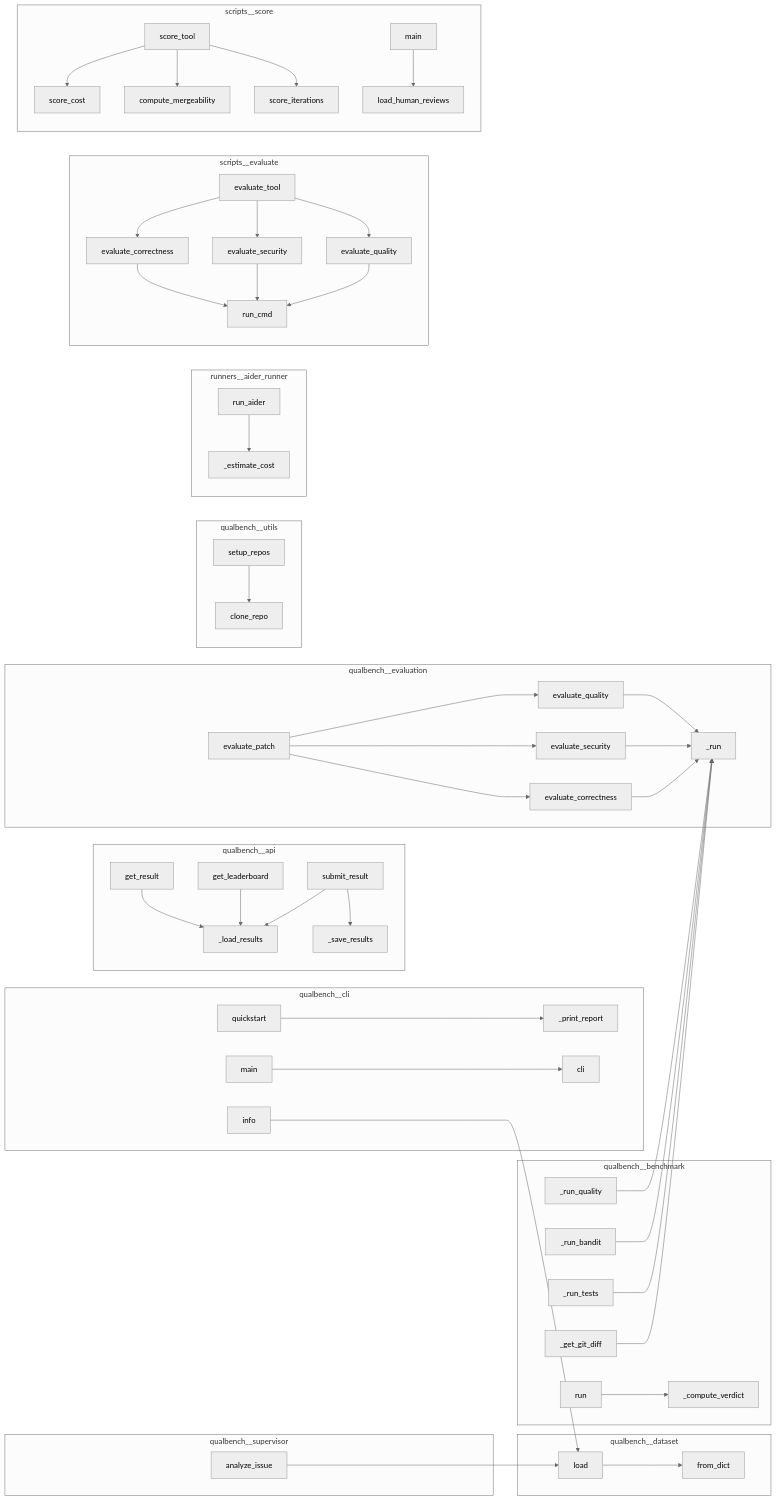
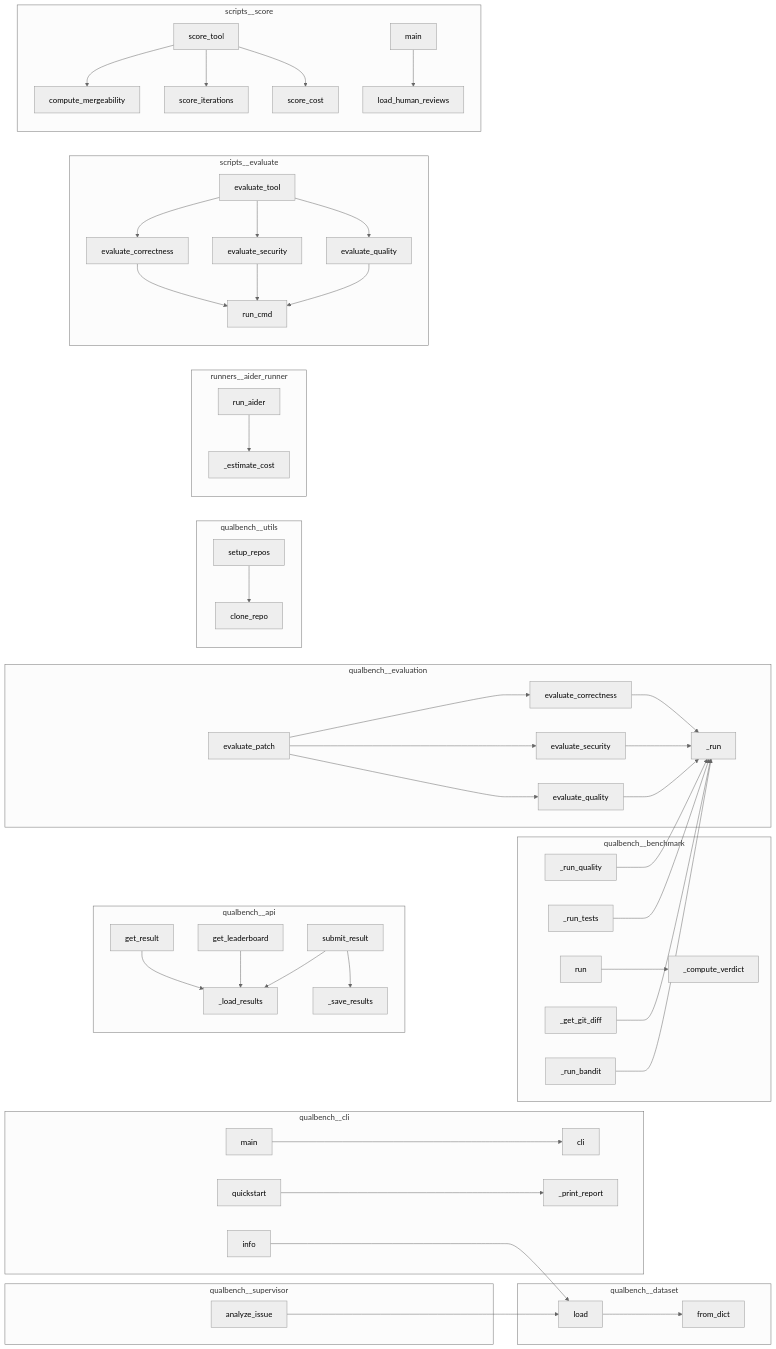
Before and after one commit to semcod/qualbench: the diagram in project/calls.mmd, drawn with Mermaid (neutral theme). The commit also changed other lines of this file and 20 other files, not shown here.

```diff
--- a/project/calls.mmd
+++ b/project/calls.mmd
@@ -1,92 +1,92 @@
 flowchart LR
     subgraph qualbench__api
         qualbench__api___load_results["_load_results"]
+        qualbench__api__get_result["get_result"]
+        qualbench__api___save_results["_save_results"]
         qualbench__api__submit_result["submit_result"]
-        qualbench__api___save_results["_save_results"]
-        qualbench__api__get_result["get_result"]
         qualbench__api__get_leaderboard["get_leaderboard"]
     end
     subgraph qualbench__benchmark
+        qualbench__benchmark___compute_verdict["_compute_verdict"]
+        qualbench__benchmark__QualBenchRunner___run_quality["_run_quality"]
+        qualbench__benchmark__QualBenchRunner___run_tests["_run_tests"]
+        qualbench__benchmark__QualBenchRunner__run["run"]
         qualbench__benchmark__QualBenchRunner___get_git_diff["_get_git_diff"]
-        qualbench__benchmark___compute_verdict["_compute_verdict"]
-        qualbench__benchmark__QualBenchRunner__run["run"]
         qualbench__benchmark__QualBenchRunner___run_bandit["_run_bandit"]
-        qualbench__benchmark__QualBenchRunner___run_tests["_run_tests"]
-        qualbench__benchmark__QualBenchRunner___run_quality["_run_quality"]
     end
     subgraph qualbench__cli
+        qualbench__cli__main["main"]
+        qualbench__cli__cli["cli"]
         qualbench__cli__quickstart["quickstart"]
         qualbench__cli___print_report["_print_report"]
-        qualbench__cli__cli["cli"]
-        qualbench__cli__main["main"]
         qualbench__cli__info["info"]
     end
     subgraph qualbench__dataset
+        qualbench__dataset__Issue__from_dict["from_dict"]
         qualbench__dataset__Dataset__load["load"]
-        qualbench__dataset__Issue__from_dict["from_dict"]
     end
     subgraph qualbench__evaluation
+        qualbench__evaluation___run["_run"]
+        qualbench__evaluation__evaluate_correctness["evaluate_correctness"]
+        qualbench__evaluation__evaluate_quality["evaluate_quality"]
+        qualbench__evaluation__evaluate_patch["evaluate_patch"]
         qualbench__evaluation__evaluate_security["evaluate_security"]
-        qualbench__evaluation__evaluate_correctness["evaluate_correctness"]
-        qualbench__evaluation___run["_run"]
-        qualbench__evaluation__evaluate_patch["evaluate_patch"]
-        qualbench__evaluation__evaluate_quality["evaluate_quality"]
     end
     subgraph qualbench__supervisor
         qualbench__supervisor__SupervisorAI__analyze_issue["analyze_issue"]
     end
     subgraph qualbench__utils
         qualbench__utils__repos__clone_repo["clone_repo"]
         qualbench__utils__repos__setup_repos["setup_repos"]
     end
     subgraph runners__aider_runner
         runners__aider_runner__run_aider["run_aider"]
         runners__aider_runner___estimate_cost["_estimate_cost"]
     end
     subgraph scripts__evaluate
+        scripts__evaluate__run_cmd["run_cmd"]
+        scripts__evaluate__evaluate_correctness["evaluate_correctness"]
+        scripts__evaluate__evaluate_security["evaluate_security"]
         scripts__evaluate__evaluate_tool["evaluate_tool"]
-        scripts__evaluate__evaluate_security["evaluate_security"]
-        scripts__evaluate__run_cmd["run_cmd"]
         scripts__evaluate__evaluate_quality["evaluate_quality"]
-        scripts__evaluate__evaluate_correctness["evaluate_correctness"]
     end
     subgraph scripts__score
+        scripts__score__score_tool["score_tool"]
+        scripts__score__score_iterations["score_iterations"]
         scripts__score__score_cost["score_cost"]
-        scripts__score__score_iterations["score_iterations"]
         scripts__score__main["main"]
         scripts__score__load_human_reviews["load_human_reviews"]
         scripts__score__compute_mergeability["compute_mergeability"]
-        scripts__score__score_tool["score_tool"]
     end
     qualbench__cli__quickstart --> qualbench__cli___print_report
     qualbench__cli__info --> qualbench__dataset__Dataset__load
     qualbench__cli__main --> qualbench__cli__cli
     qualbench__supervisor__SupervisorAI__analyze_issue --> qualbench__dataset__Dataset__load
     qualbench__utils__repos__setup_repos --> qualbench__utils__repos__clone_repo
     qualbench__dataset__Dataset__load --> qualbench__dataset__Issue__from_dict
     qualbench__evaluation__evaluate_correctness --> qualbench__evaluation___run
     qualbench__evaluation__evaluate_security --> qualbench__evaluation___run
     qualbench__evaluation__evaluate_quality --> qualbench__evaluation___run
     qualbench__evaluation__evaluate_patch --> qualbench__evaluation__evaluate_correctness
     qualbench__evaluation__evaluate_patch --> qualbench__evaluation__evaluate_security
     qualbench__evaluation__evaluate_patch --> qualbench__evaluation__evaluate_quality
     scripts__evaluate__evaluate_correctness --> scripts__evaluate__run_cmd
     scripts__evaluate__evaluate_security --> scripts__evaluate__run_cmd
     scripts__evaluate__evaluate_quality --> scripts__evaluate__run_cmd
     scripts__evaluate__evaluate_tool --> scripts__evaluate__evaluate_correctness
     scripts__evaluate__evaluate_tool --> scripts__evaluate__evaluate_security
     scripts__evaluate__evaluate_tool --> scripts__evaluate__evaluate_quality
     scripts__score__score_tool --> scripts__score__compute_mergeability
     scripts__score__score_tool --> scripts__score__score_iterations
     scripts__score__score_tool --> scripts__score__score_cost
     scripts__score__main --> scripts__score__load_human_reviews
     runners__aider_runner__run_aider --> runners__aider_runner___estimate_cost
     qualbench__benchmark__QualBenchRunner__run --> qualbench__benchmark___compute_verdict
     qualbench__benchmark__QualBenchRunner___get_git_diff --> qualbench__evaluation___run
     qualbench__benchmark__QualBenchRunner___run_tests --> qualbench__evaluation___run
     qualbench__benchmark__QualBenchRunner___run_bandit --> qualbench__evaluation___run
     qualbench__benchmark__QualBenchRunner___run_quality --> qualbench__evaluation___run
     qualbench__api__submit_result --> qualbench__api___load_results
     qualbench__api__submit_result --> qualbench__api___save_results
     qualbench__api__get_leaderboard --> qualbench__api___load_results
     qualbench__api__get_result --> qualbench__api___load_results
```
